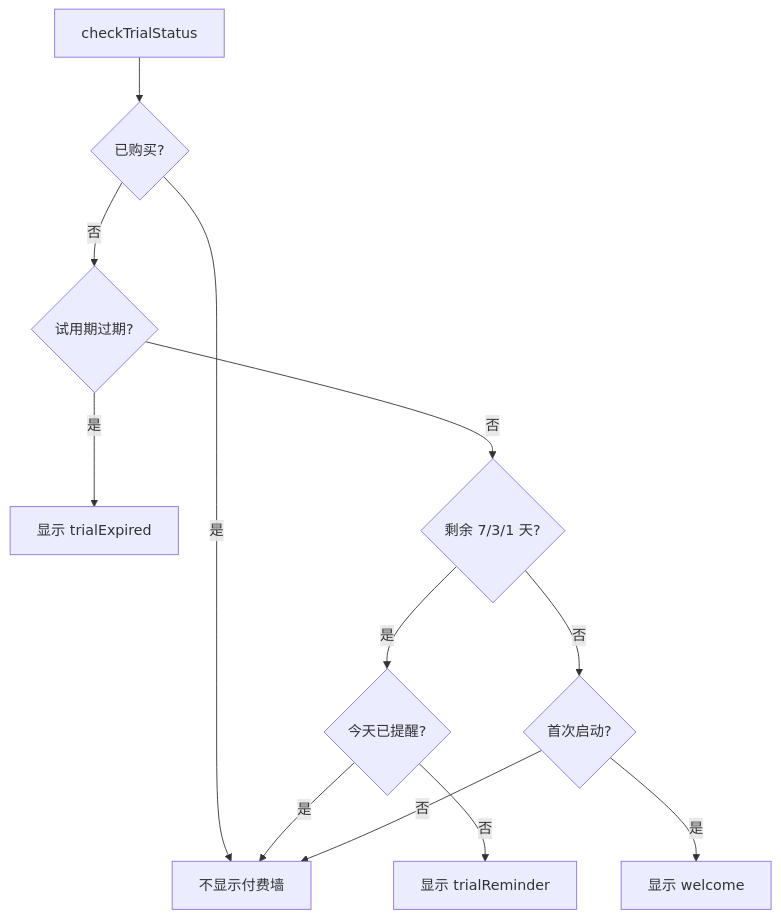
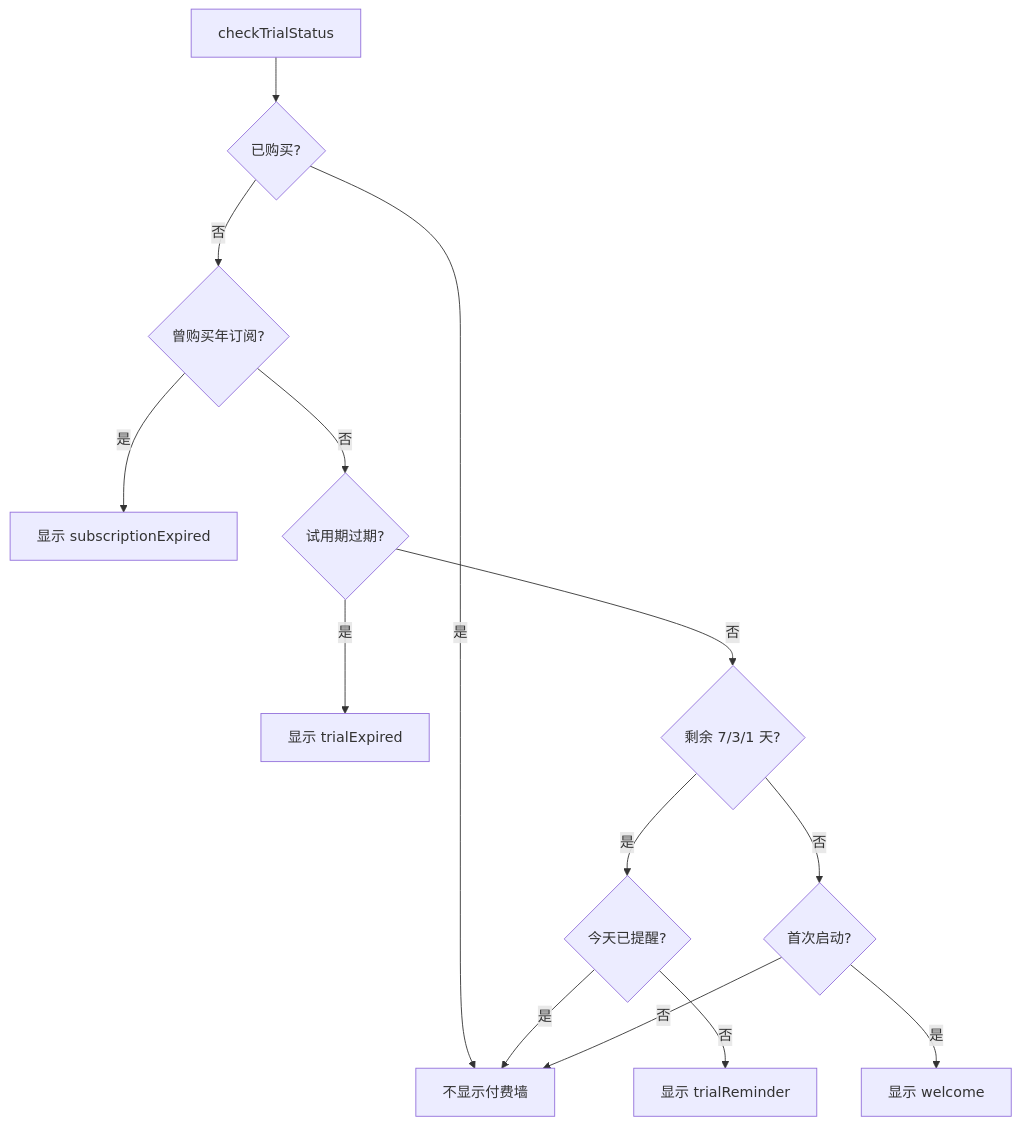
The seventh of 7 diagrams in Resource/IAP_TECHNICAL_DOCUMENTATION.md (chiimagnus/SyncNos), drawn with Mermaid before and after one commit. The commit also changed other lines of this file, not shown here.

````diff
--- a/Resource/IAP_TECHNICAL_DOCUMENTATION.md
+++ b/Resource/IAP_TECHNICAL_DOCUMENTATION.md
@@ -1360,14 +1485,16 @@
 ```mermaid
 flowchart TD
     Start[checkTrialStatus] --> A{已购买?}
     A -->|是| End1[不显示付费墙]
-    A -->|否| B{试用期过期?}
-    B -->|是| End2[显示 trialExpired]
-    B -->|否| C{剩余 7/3/1 天?}
-    C -->|是| D{今天已提醒?}
-    D -->|是| End1
-    D -->|否| End3[显示 trialReminder]
-    C -->|否| E{首次启动?}
-    E -->|是| End4[显示 welcome]
-    E -->|否| End1
+    A -->|否| B{曾购买年订阅?}
+    B -->|是| End2[显示 subscriptionExpired]
+    B -->|否| C{试用期过期?}
+    C -->|是| End3[显示 trialExpired]
+    C -->|否| D{剩余 7/3/1 天?}
+    D -->|是| E{今天已提醒?}
+    E -->|是| End1
+    E -->|否| End4[显示 trialReminder]
+    D -->|否| F{首次启动?}
+    F -->|是| End5[显示 welcome]
+    F -->|否| End1
 ```
````
